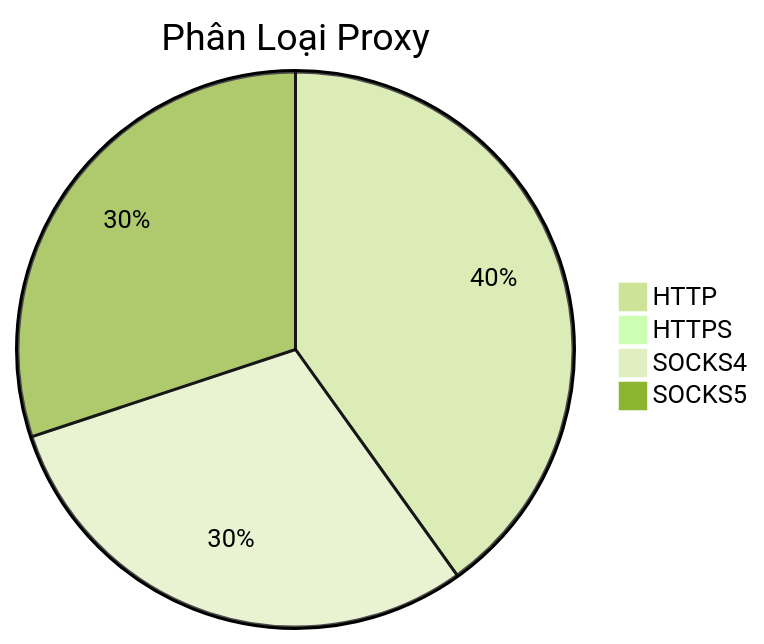
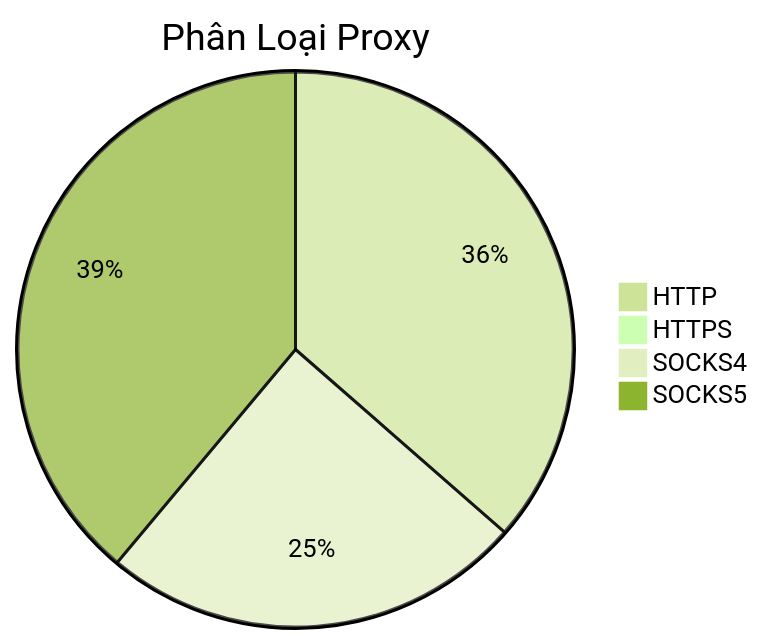
The diagram in README.md (Ciara-12/PROXY-free), drawn with Mermaid (forest theme) before and after one commit. The commit also changed other lines of this file and 4 other files, not shown here.

````diff
--- a/README.md
+++ b/README.md
@@ -26,7 +26,7 @@
 ```mermaid
 pie title Phân Loại Proxy
-    "HTTP" : 444
-    "HTTPS" : 1
-    "SOCKS4" : 330
-    "SOCKS5" : 333
+    "HTTP" : 294
+    "HTTPS" : 0
+    "SOCKS4" : 199
+    "SOCKS5" : 314
 ```
````
